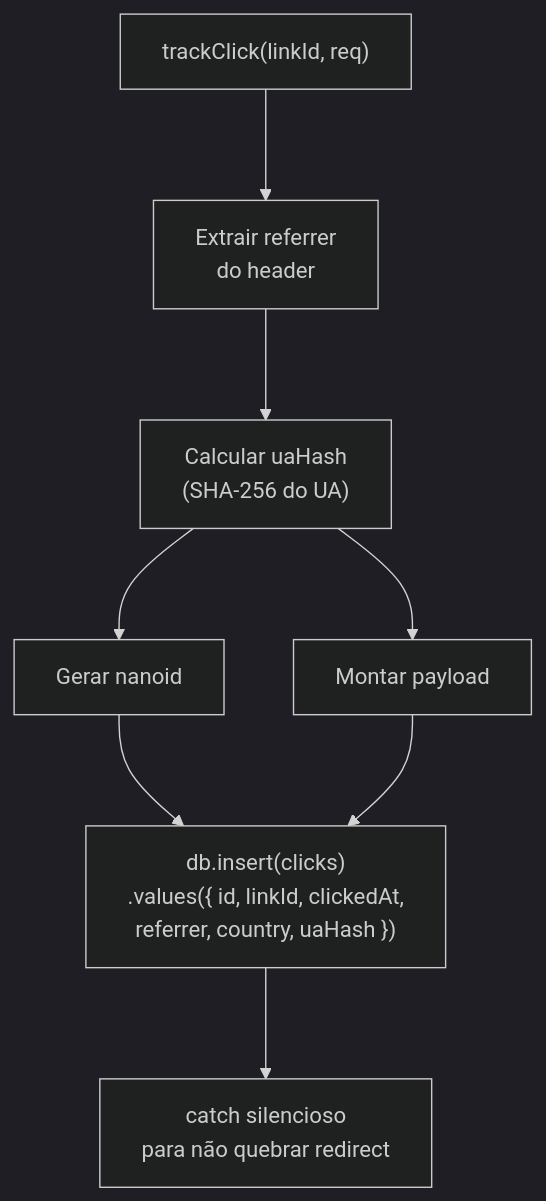
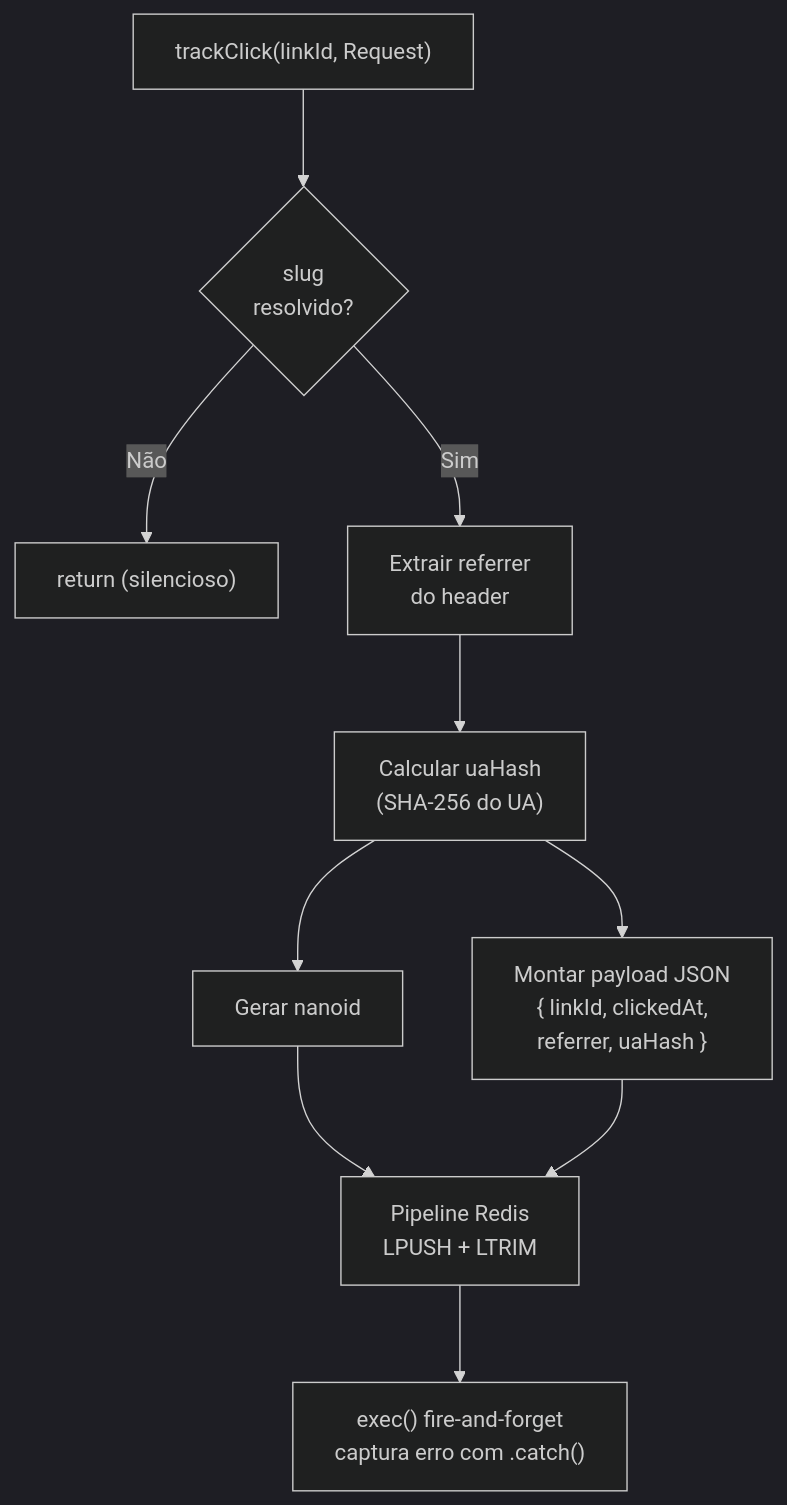
Before and after one commit to eduardoaugustolb/encurtador-url: the second of 3 diagrams in docs/processos-background.md, drawn with Mermaid (dark theme). The commit also changed other lines of this file and 10 other files, not shown here.

Commit message:
fix: Redis buffer para performance + LTRIM para flush sem re-inserção

````diff
--- a/docs/processos-background.md
+++ b/docs/processos-background.md
@@ -40,15 +66,19 @@
 ```mermaid
-%%{init: {'flowchart': {'nodeSpacing': 50, 'rankSpacing': 80}}}%%
+%%{init: {'flowchart': {'nodeSpacing': 50, 'rankSpacing': 70}}}%%
 flowchart TB
-    A["trackClick(linkId, req)"] --> B["Extrair referrer<br/>do header"]
-    B --> C["Calcular uaHash<br/>(SHA-256 do UA)"]
+    A["trackClick(linkId, Request)"] --> B{"slug<br/>resolvido?"}
 
-    C --> D["Gerar nanoid"]
-    C --> E["Montar payload"]
+    B -->|Não| Z["return (silencioso)"]
 
-    D --> F
-    E --> F
+    B -->|Sim| C["Extrair referrer<br/>do header"]
+    C --> D["Calcular uaHash<br/>(SHA-256 do UA)"]
 
-    F["db.insert(clicks)<br/>.values({ id, linkId, clickedAt,<br/>  referrer, country, uaHash })"]
-    F --> G["catch silencioso<br/>para não quebrar redirect"]
+    D --> E1["Gerar nanoid"]
+    D --> E2["Montar payload JSON<br/>{ linkId, clickedAt,<br/>  referrer, uaHash }"]
+
+    E1 --> F
+    E2 --> F
+
+    F["Pipeline Redis<br/>LPUSH + LTRIM"]
+    F --> G["exec() fire-and-forget<br/>captura erro com .catch()"]
 ```
````
